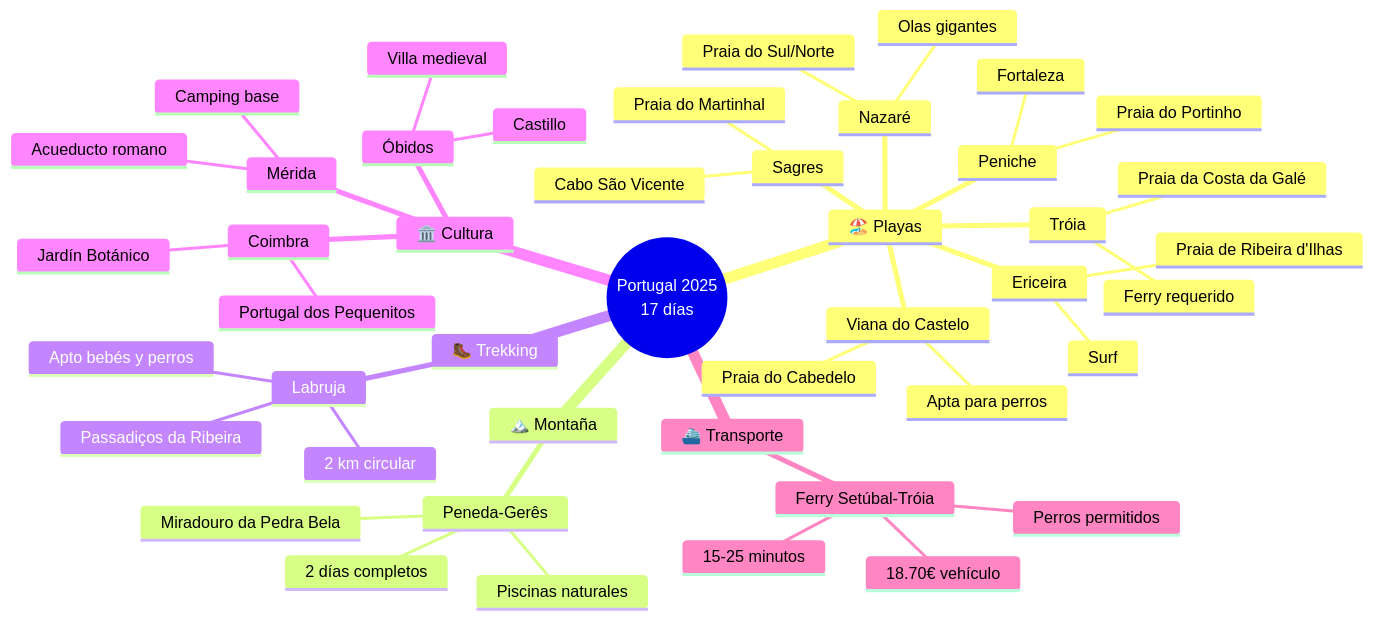
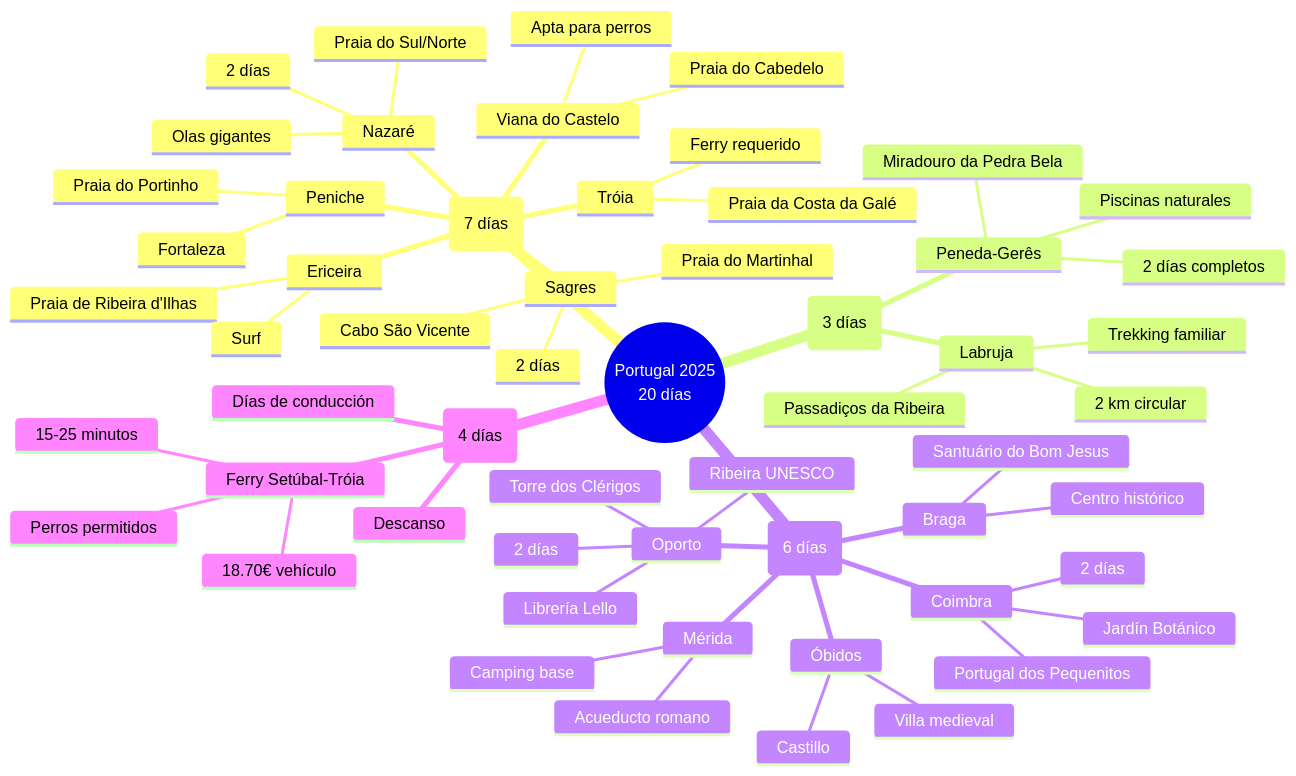
The second of 4 diagrams in trips/Portugal_2025.md (carlosrodlop/carlosrodlop-docs), drawn with Mermaid before and after one commit. The commit also changed other lines of this file, not shown here.

Commit message:
doc: añadiendo 20 días

````diff
--- a/trips/Portugal_2025.md
+++ b/trips/Portugal_2025.md
@@ -132,48 +156,60 @@
 ```mermaid
 mindmap
-  root((Portugal 2025<br/>17 días))
-    🏖️ Playas
+  root((Portugal 2025<br/>20 días))
+    🏖️ Playas (7 días)
       Viana do Castelo
         Praia do Cabedelo
         Apta para perros
       Nazaré
         Praia do Sul/Norte
         Olas gigantes
+        2 días
       Peniche
         Praia do Portinho
         Fortaleza
       Ericeira
         Praia de Ribeira d'Ilhas
         Surf
       Tróia
         Praia da Costa da Galé
         Ferry requerido
       Sagres
         Praia do Martinhal
         Cabo São Vicente
-    🏔️ Montaña
+        2 días
+    🏔️ Montaña/Naturaleza (3 días)
       Peneda-Gerês
         Miradouro da Pedra Bela
         Piscinas naturales
         2 días completos
-    🥾 Trekking
       Labruja
         Passadiços da Ribeira
         2 km circular
-        Apto bebés y perros
-    🏛️ Cultura
+        Trekking familiar
+    🏛️ Cultura (6 días)
       Mérida
         Acueducto romano
         Camping base
+      Braga
+        Santuário do Bom Jesus
+        Centro histórico
+      Oporto
+        Librería Lello
+        Torre dos Clérigos
+        Ribeira UNESCO
+        2 días
       Coimbra
         Portugal dos Pequenitos
         Jardín Botánico
+        2 días
       Óbidos
         Villa medieval
         Castillo
-    ⛴️ Transporte
+    🚗 Traslados (4 días)
+      Días de conducción
+      Descanso
       Ferry Setúbal-Tróia
         15-25 minutos
         18.70€ vehículo
         Perros permitidos
 ```
````
